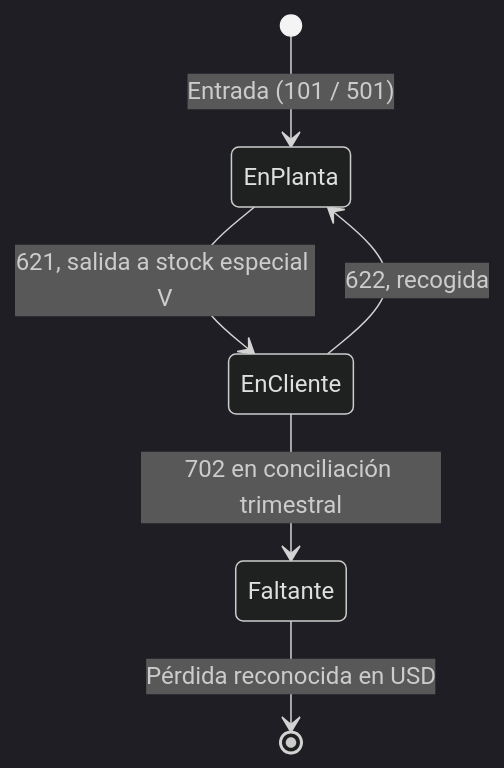
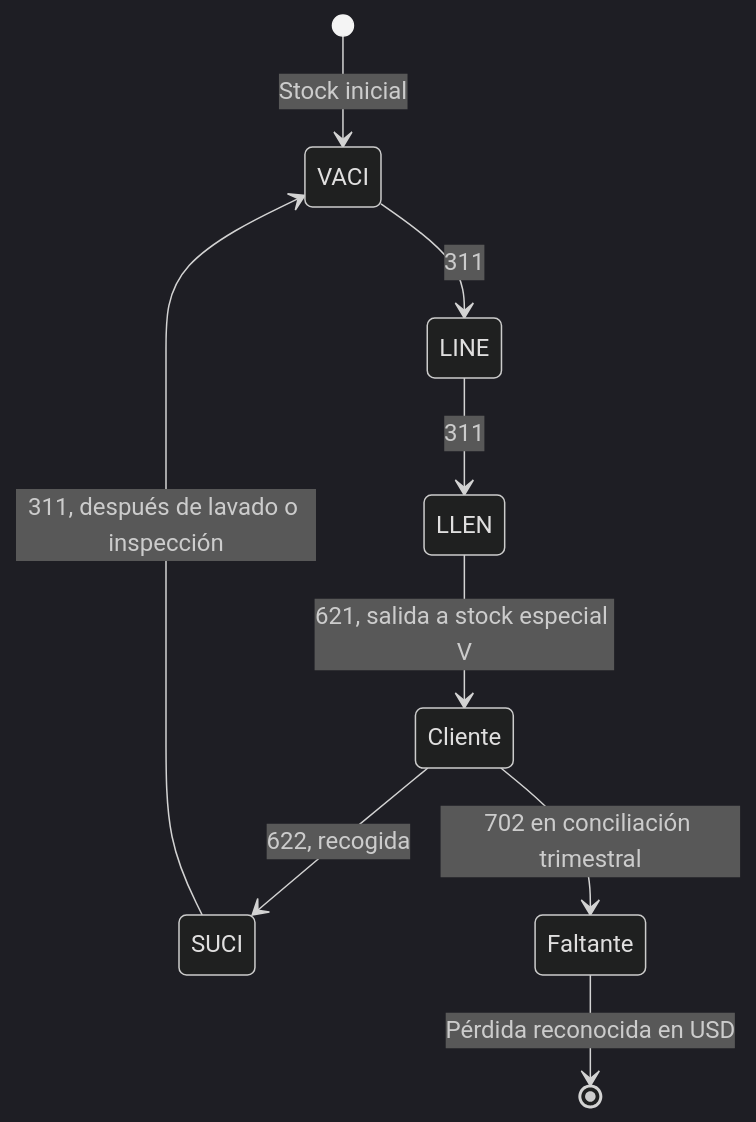
Before and after one commit to juancarlospradologistica-hub/returnable-packaging-intelligence: the third of 3 diagrams in README.md, drawn with Mermaid (dark theme). The commit also changed other lines of this file, not shown here.

````diff
--- a/README.md
+++ b/README.md
@@ -70,8 +70,11 @@
 ```mermaid
 stateDiagram-v2
-    [*] --> EnPlanta : Entrada (101 / 501)
-    EnPlanta --> EnCliente : 621, salida a stock especial V
-    EnCliente --> EnPlanta : 622, recogida
-    EnCliente --> Faltante : 702 en conciliación trimestral
+    [*] --> VACI : Stock inicial
+    VACI --> LINE : 311
+    LINE --> LLEN : 311
+    LLEN --> Cliente : 621, salida a stock especial V
+    Cliente --> SUCI : 622, recogida
+    SUCI --> VACI : 311, después de lavado o inspección
+    Cliente --> Faltante : 702 en conciliación trimestral
     Faltante --> [*] : Pérdida reconocida en USD
 ```
````
